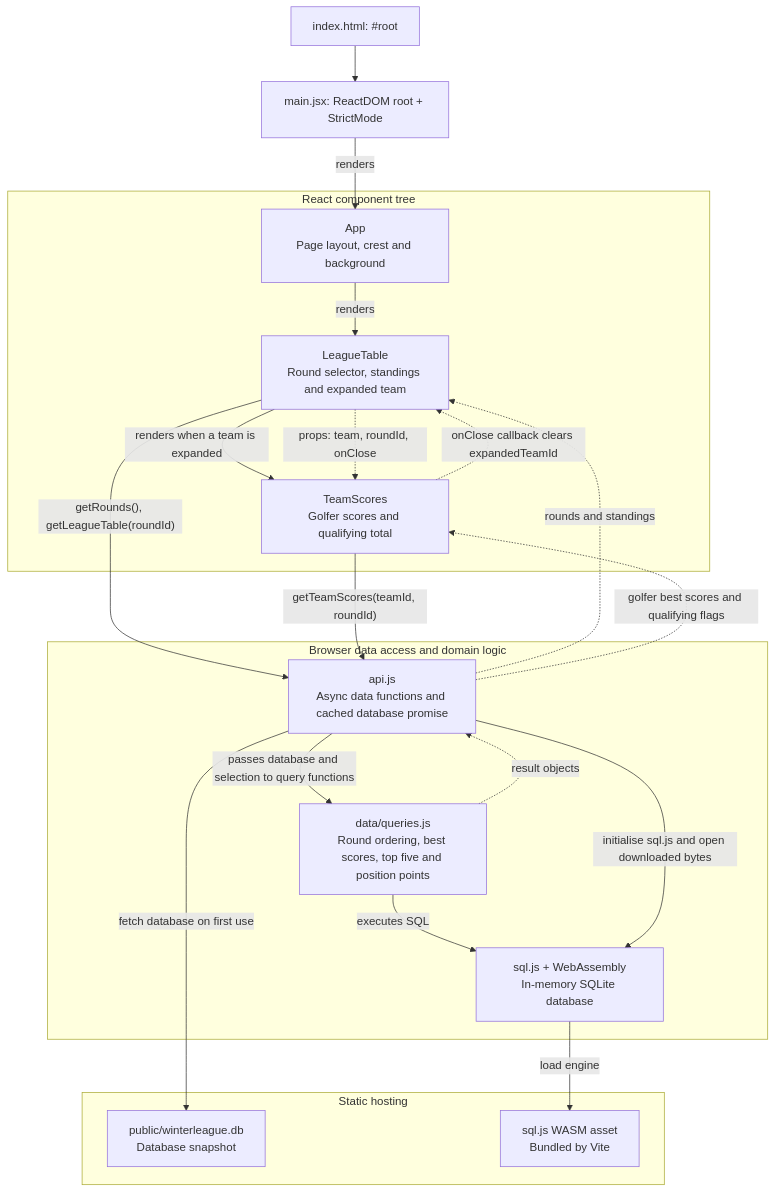
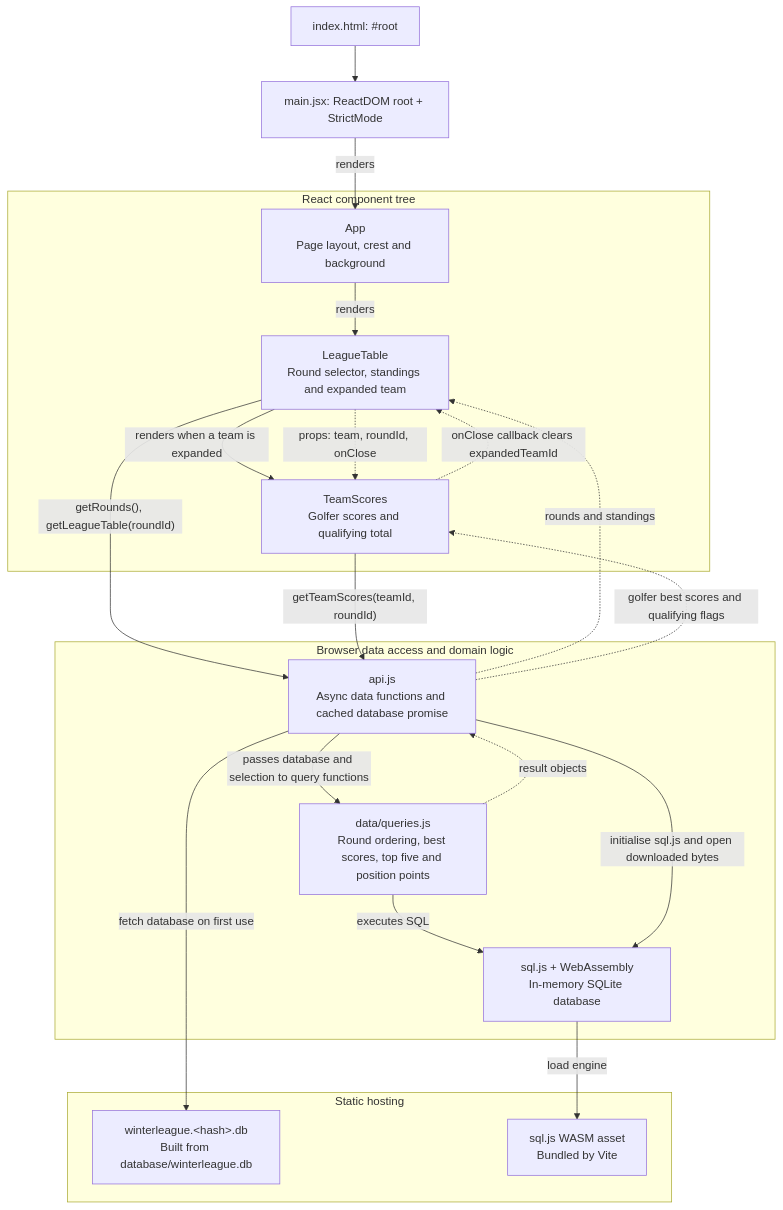
The first of 2 diagrams in winterleague-frontend/docs/application-diagram.md (dunmurry-wl/winterleague), drawn with Mermaid before and after one commit. The commit also changed other lines of this file and 5 other files, not shown here.

````diff
--- a/winterleague-frontend/docs/application-diagram.md
+++ b/winterleague-frontend/docs/application-diagram.md
@@ -12,39 +12,39 @@
 ```mermaid
 flowchart TD
     HTML["index.html: #root"] --> MAIN["main.jsx: ReactDOM root + StrictMode"]
 
     subgraph UI[React component tree]
         APP["App<br/>Page layout, crest and background"]
         LEAGUE["LeagueTable<br/>Round selector, standings and expanded team"]
         TEAM["TeamScores<br/>Golfer scores and qualifying total"]
         APP -->|renders| LEAGUE
         LEAGUE -->|renders when a team is expanded| TEAM
         LEAGUE -.->|"props: team, roundId, onClose"| TEAM
         TEAM -.->|onClose callback clears expandedTeamId| LEAGUE
     end
 
     MAIN -->|renders| APP
 
     subgraph DATA[Browser data access and domain logic]
         API["api.js<br/>Async data functions and cached database promise"]
         QUERIES["data/queries.js<br/>Round ordering, best scores, top five and position points"]
         SQL["sql.js + WebAssembly<br/>In-memory SQLite database"]
         API -->|passes database and selection to query functions| QUERIES
         QUERIES -->|executes SQL| SQL
         QUERIES -.->|result objects| API
     end
 
     LEAGUE -->|"getRounds(), getLeagueTable(roundId)"| API
     TEAM -->|"getTeamScores(teamId, roundId)"| API
     API -.->|rounds and standings| LEAGUE
     API -.->|golfer best scores and qualifying flags| TEAM
 
     subgraph STATIC[Static hosting]
-        DB["public/winterleague.db<br/>Database snapshot"]
+        DB["winterleague.&lt;hash&gt;.db<br/>Built from database/winterleague.db"]
         WASM["sql.js WASM asset<br/>Bundled by Vite"]
     end
 
     API -->|fetch database on first use| DB
     API -->|initialise sql.js and open downloaded bytes| SQL
     SQL -->|load engine| WASM
 ```
````
